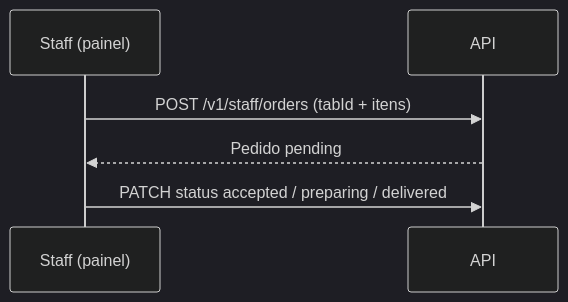
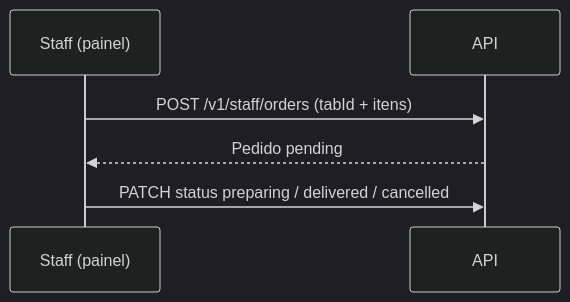
One commit to filiperamosds/eaimesa-frontend changed the second of 7 diagrams in docs/product/fluxos.md. Above: the diagram before and after it, drawn with Mermaid (dark theme). The commit also changed other lines of this file and 6 other files, not shown here.

````diff
--- a/docs/product/fluxos.md
+++ b/docs/product/fluxos.md
@@ -35,9 +35,9 @@
 ```mermaid
 sequenceDiagram
   participant S as Staff (painel)
   participant API as API
 
   S->>API: POST /v1/staff/orders (tabId + itens)
   API-->>S: Pedido pending
-  S->>API: PATCH status accepted / preparing / delivered
+  S->>API: PATCH status preparing / delivered / cancelled
 ```
````
